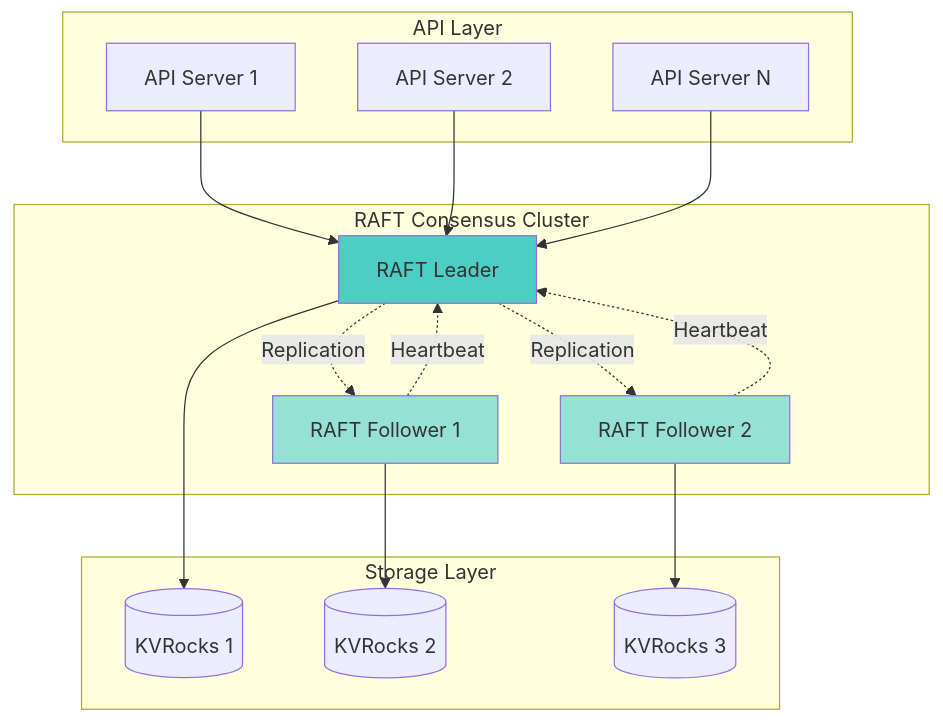
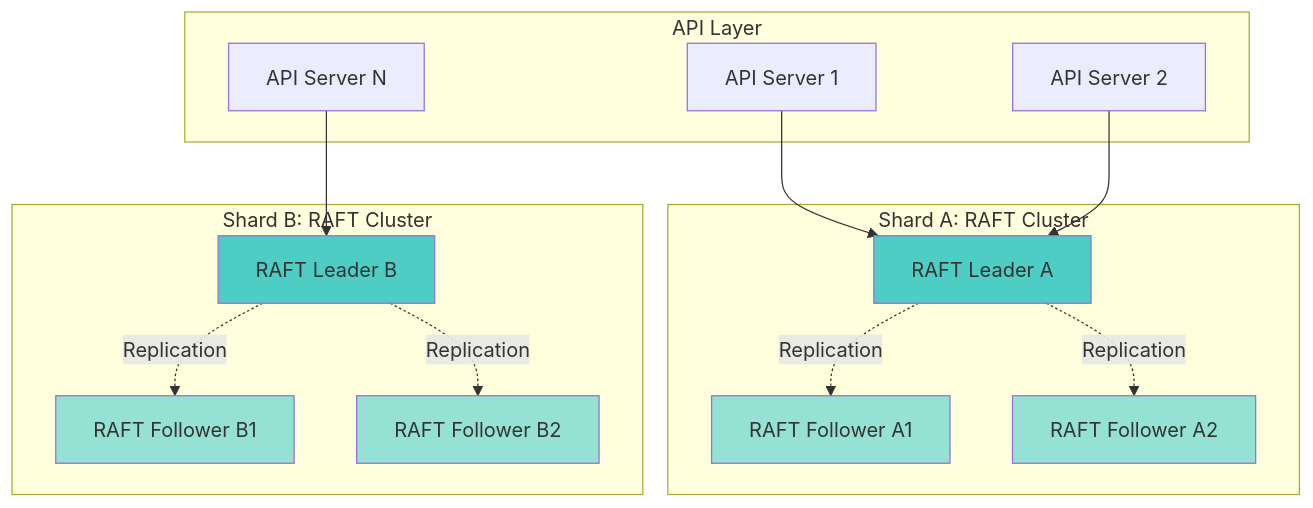
Before and after one commit to osvaldoandrade/codeq: the third of 3 diagrams in docs/24-queue-sharding-hld.md, drawn with Mermaid. The commit also changed other lines of this file, not shown here.

Commit message:
Revise queue sharding HLD: adjust tone, clarify chosen design, add plugin architecture section

````diff
--- a/docs/24-queue-sharding-hld.md
+++ b/docs/24-queue-sharding-hld.md
@@ -518,37 +507,37 @@
 ```mermaid
 graph TB
     subgraph "API Layer"
         API1[API Server 1]
         API2[API Server 2]
         API3[API Server N]
     end
     
-    subgraph "RAFT Consensus Cluster"
-        RAFT_L[RAFT Leader]
-        RAFT_F1[RAFT Follower 1]
-        RAFT_F2[RAFT Follower 2]
+    subgraph "Shard A: RAFT Cluster"
+        RAFT_A_L[RAFT Leader A]
+        RAFT_A_F1[RAFT Follower A1]
+        RAFT_A_F2[RAFT Follower A2]
         
-        RAFT_L -.->|Replication| RAFT_F1
-        RAFT_L -.->|Replication| RAFT_F2
-        RAFT_F1 -.->|Heartbeat| RAFT_L
-        RAFT_F2 -.->|Heartbeat| RAFT_L
+        RAFT_A_L -.->|Replication| RAFT_A_F1
+        RAFT_A_L -.->|Replication| RAFT_A_F2
     end
     
-    subgraph "Storage Layer"
-        KV1[(KVRocks 1)]
-        KV2[(KVRocks 2)]
-        KV3[(KVRocks 3)]
+    subgraph "Shard B: RAFT Cluster"
+        RAFT_B_L[RAFT Leader B]
+        RAFT_B_F1[RAFT Follower B1]
+        RAFT_B_F2[RAFT Follower B2]
+        
+        RAFT_B_L -.->|Replication| RAFT_B_F1
+        RAFT_B_L -.->|Replication| RAFT_B_F2
     end
     
-    API1 --> RAFT_L
-    API2 --> RAFT_L
-    API3 --> RAFT_L
+    API1 --> RAFT_A_L
+    API2 --> RAFT_A_L
+    API3 --> RAFT_B_L
     
-    RAFT_L --> KV1
-    RAFT_F1 --> KV2
-    RAFT_F2 --> KV3
-    
-    style RAFT_L fill:#4ecdc4
-    style RAFT_F1 fill:#95e1d3
-    style RAFT_F2 fill:#95e1d3
+    style RAFT_A_L fill:#4ecdc4
+    style RAFT_A_F1 fill:#95e1d3
+    style RAFT_A_F2 fill:#95e1d3
+    style RAFT_B_L fill:#4ecdc4
+    style RAFT_B_F1 fill:#95e1d3
+    style RAFT_B_F2 fill:#95e1d3
 ```
````
